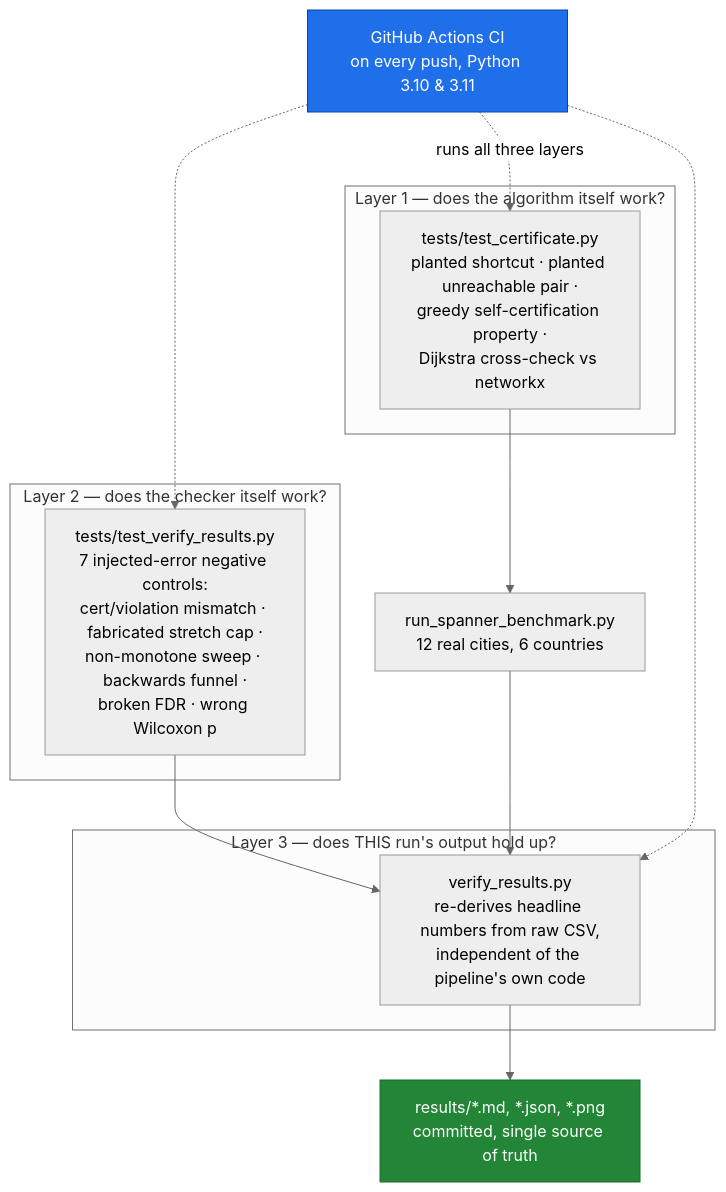
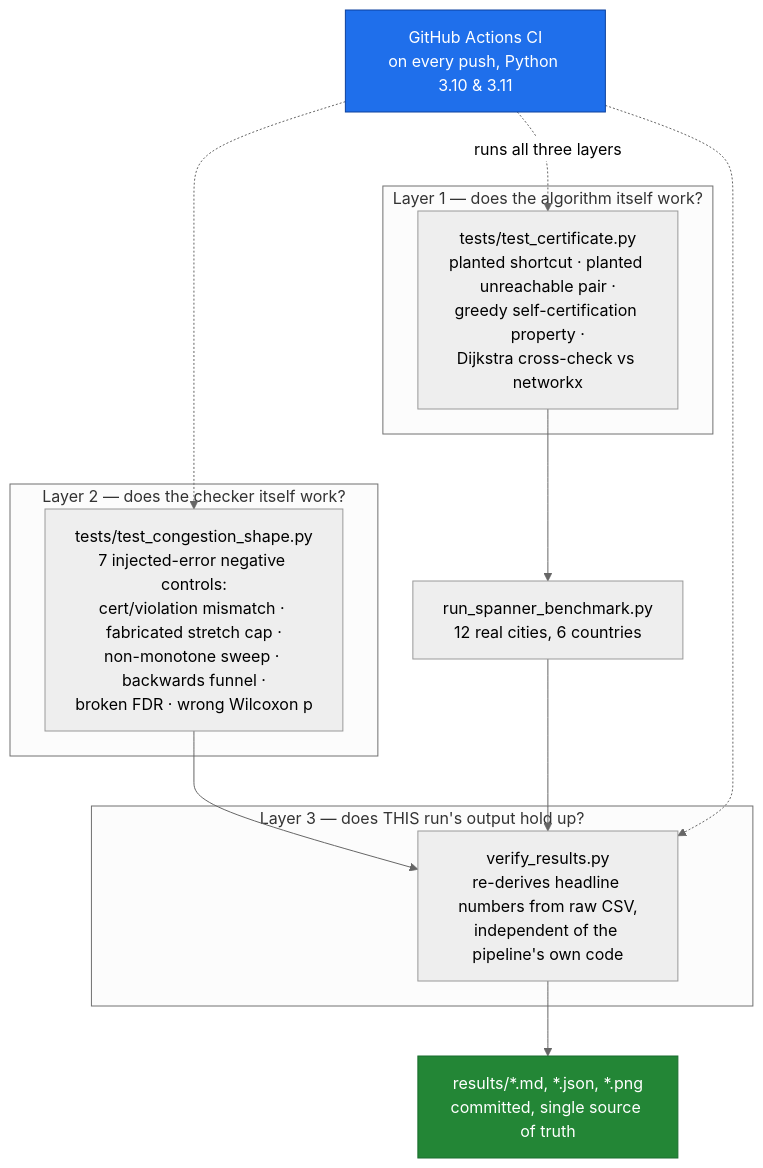
One commit to soheylfalahzade/delay-bounded-spanner-networks changed the second of 2 diagrams in README.md. Above: the diagram before and after it, drawn with Mermaid (neutral theme). The commit also changed 2 other files, not shown here.

Commit message:
Add unit tests and --csv input for congestion-shape validator; list in README

````diff
--- a/README.md
+++ b/README.md
@@ -129,22 +129,23 @@
 ```mermaid
 flowchart TD
     subgraph L1["Layer 1 — does the algorithm itself work?"]
         T1["tests/test_certificate.py<br/>planted shortcut · planted unreachable pair ·<br/>greedy self-certification property ·<br/>Dijkstra cross-check vs networkx"]
     end
     subgraph L2["Layer 2 — does the checker itself work?"]
         T2["tests/test_verify_results.py<br/>7 injected-error negative controls:<br/>cert/violation mismatch · fabricated stretch cap ·<br/>non-monotone sweep · backwards funnel ·<br/>broken FDR · wrong Wilcoxon p"]
+        T2["tests/test_congestion_shape.py<br/>7 injected-error negative controls:<br/>cert/violation mismatch · fabricated stretch cap ·<br/>non-monotone sweep · backwards funnel ·<br/>broken FDR · wrong Wilcoxon p"]
     end
     subgraph L3["Layer 3 — does THIS run's output hold up?"]
         T3["verify_results.py<br/>re-derives headline numbers from raw CSV,<br/>independent of the pipeline's own code"]
     end
     T1 --> RUN["run_spanner_benchmark.py<br/>12 real cities, 6 countries"]
     T2 --> T3
     RUN --> T3
     T3 --> OUT["results/*.md, *.json, *.png<br/>committed, single source of truth"]
     CI["GitHub Actions CI<br/>on every push, Python 3.10 &amp; 3.11"] -. runs all three layers .-> T1
     CI -.-> T2
     CI -.-> T3
 
     style OUT fill:#238636,stroke:#196c2e,color:#fff
     style CI fill:#1f6feb,stroke:#0d419d,color:#fff
 ```
````
